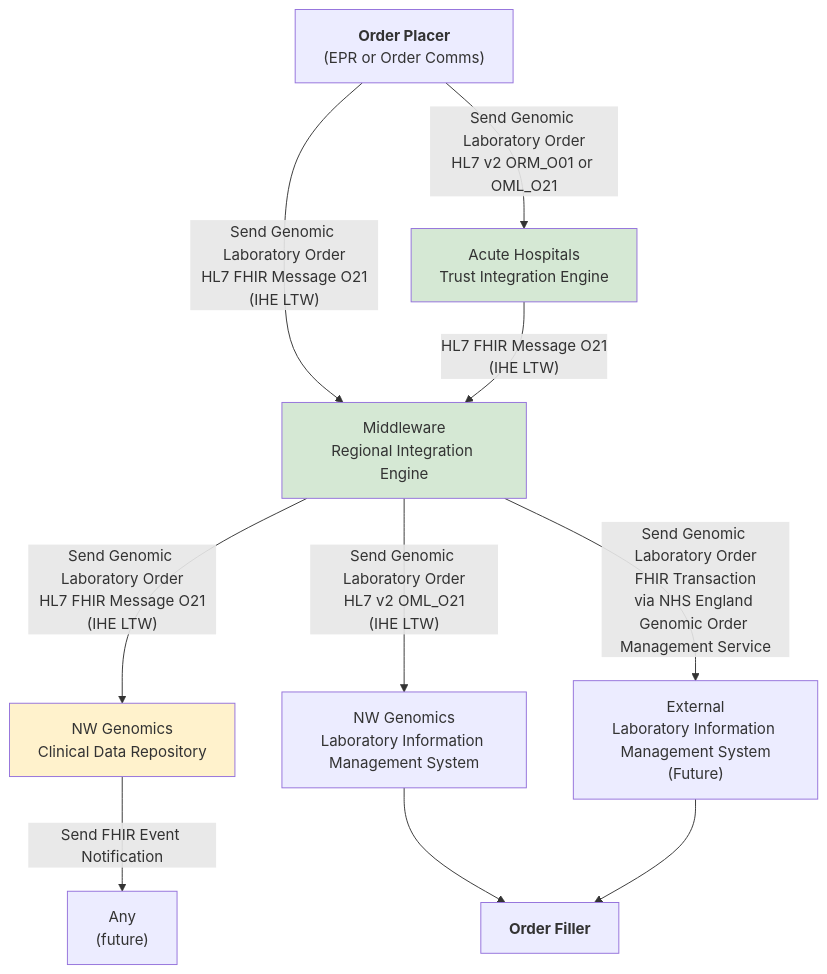
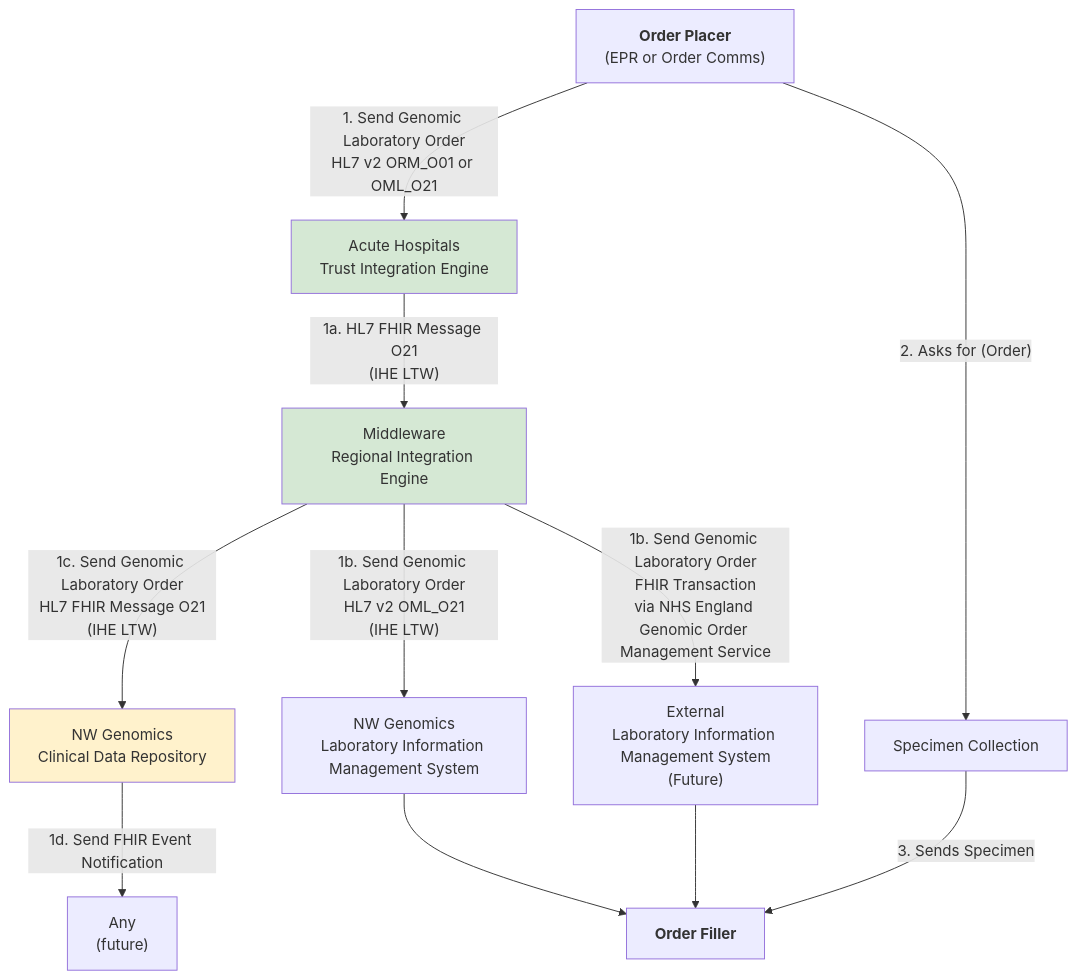
Before and after one commit to uk-gov-mirror/nw-gmsa.nw-gmsa.github.com: the first of 3 diagrams in input/pagecontent/LTW.md, drawn with Mermaid. The commit also changed other lines of this file, not shown here.

````diff
--- a/input/pagecontent/LTW.md
+++ b/input/pagecontent/LTW.md
@@ -63,18 +63,19 @@
 ```mermaid
 graph TD;
-    Receive["<b>Order Placer</b><br/>(EPR or Order Comms)"] --> |Send Genomic Laboratory Order<br/>HL7 v2 ORM_O01 or OML_O21| OR[Acute Hospitals<br/>Trust Integration Engine]
-    Receive --> |"Send Genomic Laboratory Order<br/>HL7 FHIR Message O21<br/>(IHE LTW)"| RIE
-    OR --> |"HL7 FHIR Message O21<br/>(IHE LTW)"| RIE[Middleware<br/>Regional Integration Engine] 
-    RIE --> |"Send Genomic Laboratory Order<br/>HL7 FHIR Message O21<br/>(IHE LTW)"| CDR[NW Genomics<br/>Clinical Data Repository]
-    CDR --> |Send FHIR Event Notification| Any["Any <br/>(future)"]
-    RIE --> |"Send Genomic Laboratory Order<br/>HL7 v2 OML_O21<br/>(IHE LTW)"| EHRTIE[NW Genomics<br/>Laboratory Information Management System] 
-    RIE --> |"Send Genomic Laboratory Order<br/>FHIR Transaction<br/>via NHS England Genomic Order Management Service"| GOMS["External<br/>Laboratory Information Management System<br/>(Future)"] 
+    OrderPlacer["<b>Order Placer</b><br/>(EPR or Order Comms)"] --> |1. Send Genomic Laboratory Order<br/>HL7 v2 ORM_O01 or OML_O21| OR[Acute Hospitals<br/>Trust Integration Engine]
+       OrderPlacer --> |"2. Asks for (Order)"| SpecimenCollection
+    SpecimenCollection[Specimen Collection] --> |3. Sends Specimen| OrderFiller
+    OR --> |"1a. HL7 FHIR Message O21<br/>(IHE LTW)"| RIE[Middleware<br/>Regional Integration Engine] 
+    RIE --> |"1c. Send Genomic Laboratory Order<br/>HL7 FHIR Message O21<br/>(IHE LTW)"| CDR[NW Genomics<br/>Clinical Data Repository]
+    CDR --> |1d. Send FHIR Event Notification| Any["Any <br/>(future)"]
+    RIE --> |"1b. Send Genomic Laboratory Order<br/>HL7 v2 OML_O21<br/>(IHE LTW)"| EHRTIE[NW Genomics<br/>Laboratory Information Management System] 
+    RIE --> |"1b. Send Genomic Laboratory Order<br/>FHIR Transaction<br/>via NHS England Genomic Order Management Service"| GOMS["External<br/>Laboratory Information Management System<br/>(Future)"] 
     EHRTIE --> OrderFiller[<b>Order Filler</b>]
     GOMS --> OrderFiller
 
     classDef green fill:#D5E8D4;
     classDef yellow fill:#FFF2CC;
     class RIE green;
     class OR green;
     class CDR yellow;
 ```
````
